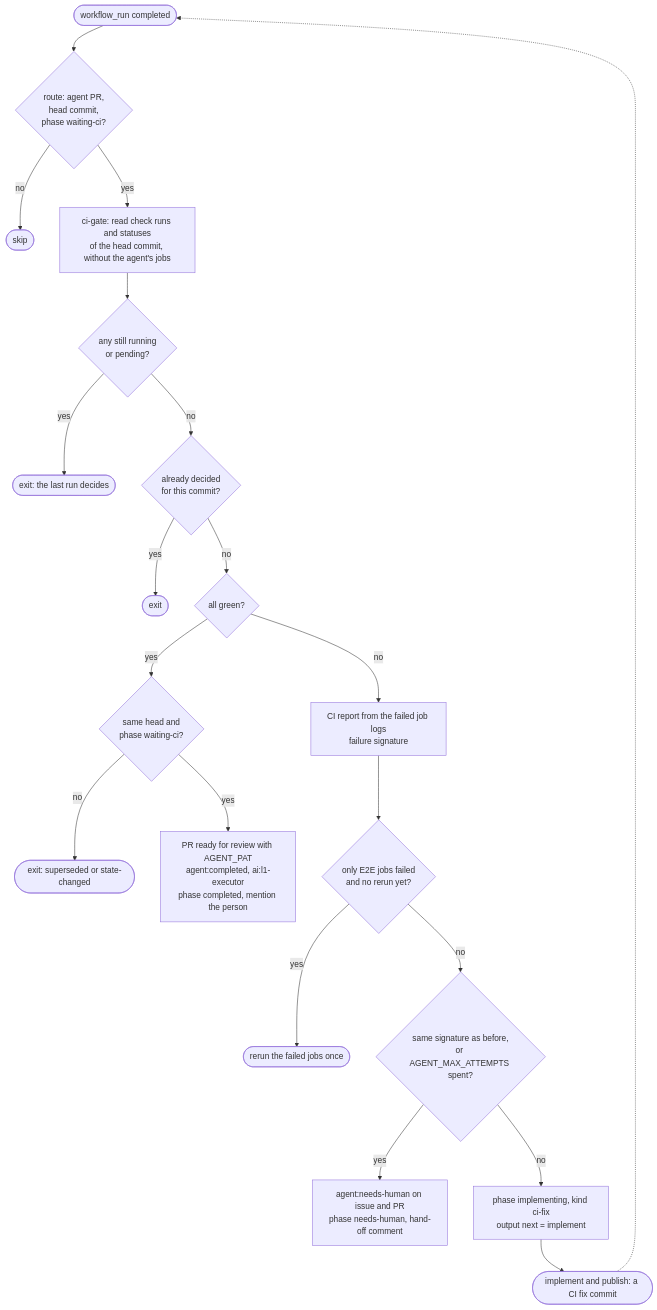
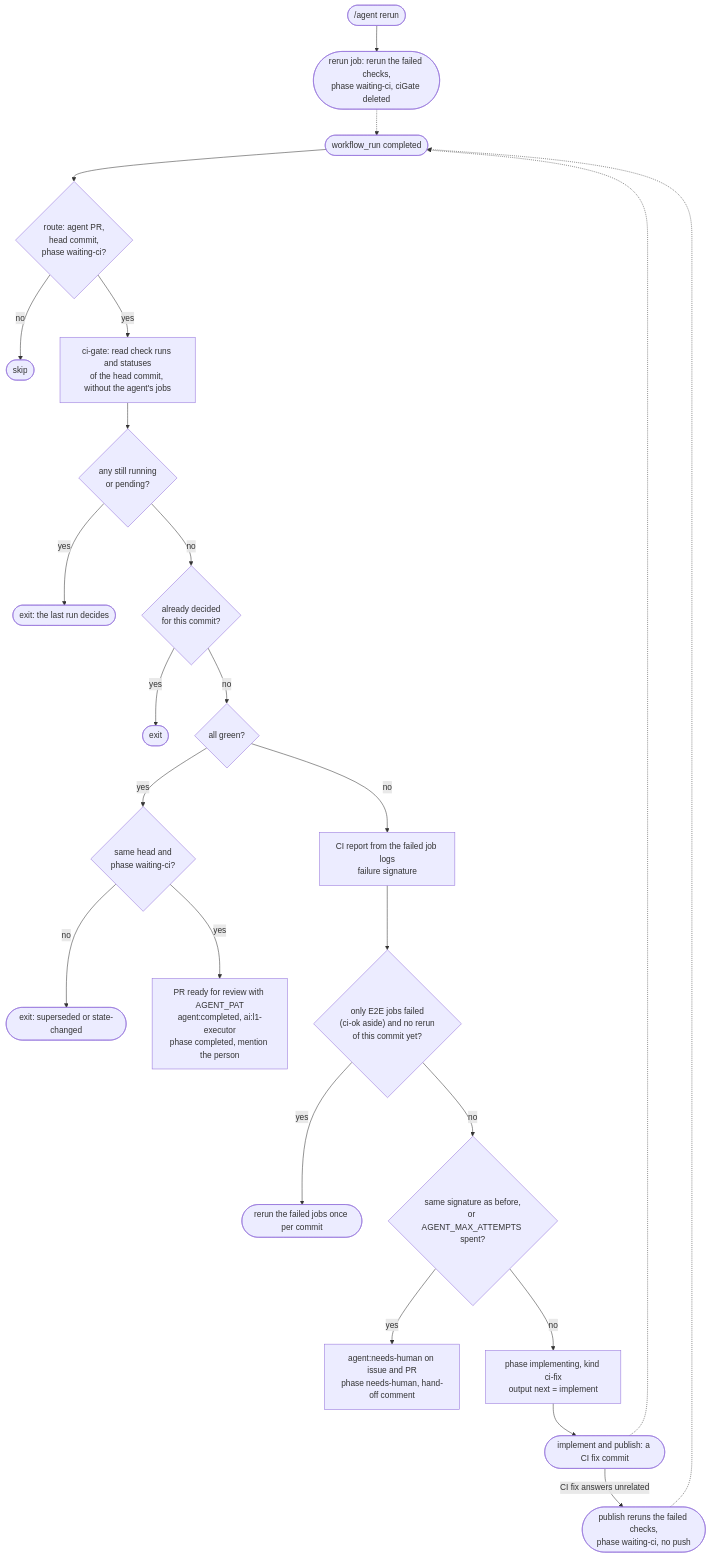
The seventh of 10 diagrams in docs/internal/autonomous-agent/architecture.md (Netcracker/qubership-apihub), drawn with Mermaid before and after one commit. The commit also changed other lines of this file and 20 other files, not shown here.

First line of the commit message:
feat(ci): rerun flaky CI checks without a person in the AI Autonomous agent

````diff
--- a/docs/internal/autonomous-agent/architecture.md
+++ b/docs/internal/autonomous-agent/architecture.md
@@ -358,22 +362,26 @@
 ```mermaid
 flowchart TB
   START(["workflow_run completed"]) --> R{"route: agent PR,<br/>head commit,<br/>phase waiting-ci?"}
   R -- no --> SKIP(["skip"])
   R -- yes --> READ["ci-gate: read check runs and statuses<br/>of the head commit, without the agent's jobs"]
   READ --> PENDING{"any still running<br/>or pending?"}
   PENDING -- yes --> WAIT(["exit: the last run decides"])
   PENDING -- no --> DONE{"already decided<br/>for this commit?"}
   DONE -- yes --> EXIT1(["exit"])
   DONE -- no --> GREEN{"all green?"}
   GREEN -- yes --> FRESH1{"same head and<br/>phase waiting-ci?"}
   FRESH1 -- no --> SUP(["exit: superseded or state-changed"])
   FRESH1 -- yes --> READY["PR ready for review with AGENT_PAT<br/>agent:completed, ai:l1-executor<br/>phase completed, mention the person"]
   GREEN -- no --> REPORT["CI report from the failed job logs<br/>failure signature"]
-  REPORT --> E2E{"only E2E jobs failed<br/>and no rerun yet?"}
-  E2E -- yes --> RERUN(["rerun the failed jobs once"])
+  REPORT --> E2E{"only E2E jobs failed<br/>(ci-ok aside) and no rerun<br/>of this commit yet?"}
+  E2E -- yes --> RERUN(["rerun the failed jobs once per commit"])
   E2E -- no --> RULE{"same signature as before,<br/>or AGENT_MAX_ATTEMPTS spent?"}
   RULE -- yes --> HAND["agent:needs-human on issue and PR<br/>phase needs-human, hand-off comment"]
   RULE -- no --> NEXT["phase implementing, kind ci-fix<br/>output next = implement"]
   NEXT --> IMPL(["implement and publish: a CI fix commit"])
   IMPL -.-> START
+  IMPL -- "CI fix answers unrelated" --> UNREL(["publish reruns the failed checks,<br/>phase waiting-ci, no push"])
+  UNREL -.-> START
+  PERSON(["/agent rerun"]) --> RERUNJOB(["rerun job: rerun the failed checks,<br/>phase waiting-ci, ciGate deleted"])
+  RERUNJOB -.-> START
 ```
````
